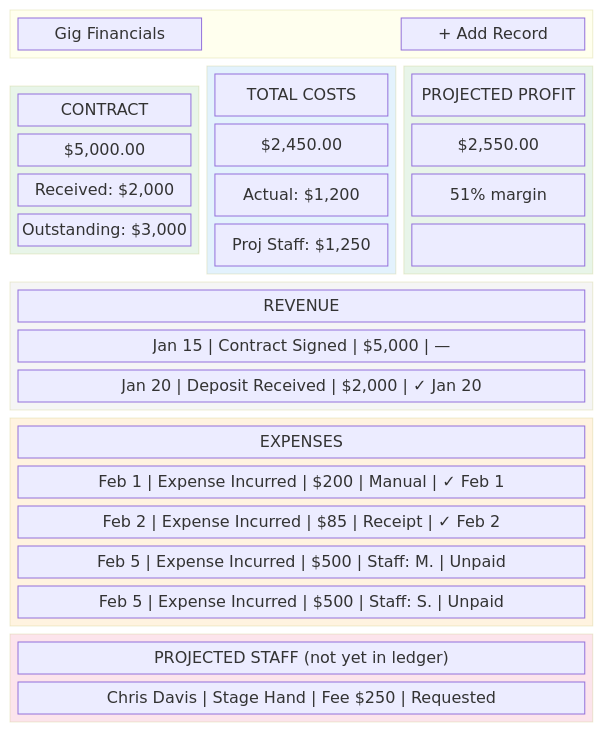
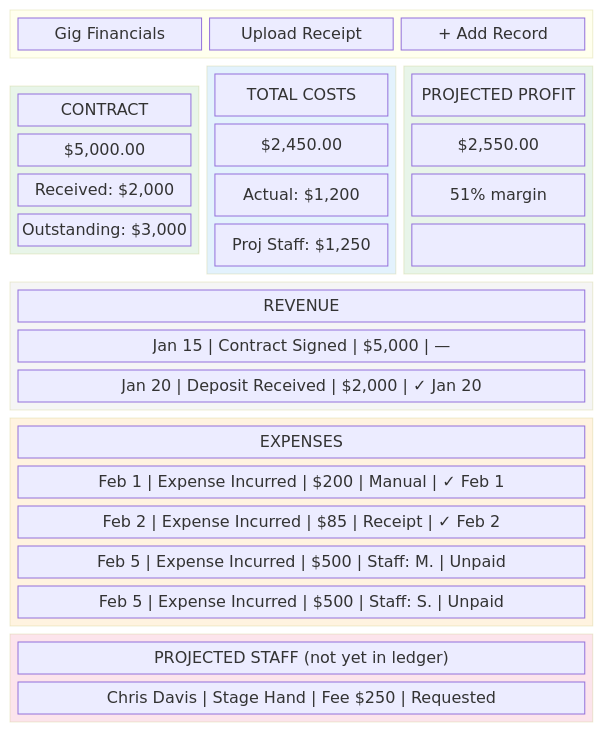
One commit to corourke/GigManager changed the third of 4 diagrams in docs/product/development-plan/gig-financials-workflow-analysis.md. Above: the diagram before and after it, drawn with Mermaid. The commit also changed other lines of this file and 5 other files, not shown here.

````diff
--- a/docs/product/development-plan/gig-financials-workflow-analysis.md
+++ b/docs/product/development-plan/gig-financials-workflow-analysis.md
@@ -229,62 +240,62 @@
 ```mermaid
 block-beta
     columns 3
 
     block:header:3
         columns 3
         title["Gig Financials"]
-        space
+        upload["Upload Receipt"]
         addBtn["+ Add Record"]
     end
 
     block:contract:1
         columns 1
         c1["CONTRACT"]
         c2["$5,000.00"]
         c3["Received: $2,000"]
         c4["Outstanding: $3,000"]
     end
     block:costs:1
         columns 1
         t1["TOTAL COSTS"]
         t2["$2,450.00"]
         t3["Actual: $1,200"]
         t4["Proj Staff: $1,250"]
     end
     block:profit:1
         columns 1
         p1["PROJECTED PROFIT"]
         p2["$2,550.00"]
         p3["51% margin"]
         p4[" "]
     end
 
     block:revenue:3
         columns 1
         rh["REVENUE"]
         r1["Jan 15 | Contract Signed | $5,000 | —"]
         r2["Jan 20 | Deposit Received | $2,000 | ✓ Jan 20"]
     end
 
     block:expenses:3
         columns 1
         eh["EXPENSES"]
         e1["Feb 1 | Expense Incurred | $200 | Manual | ✓ Feb 1"]
         e2["Feb 2 | Expense Incurred | $85 | Receipt | ✓ Feb 2"]
         e3["Feb 5 | Expense Incurred | $500 | Staff: M. | Unpaid"]
         e4["Feb 5 | Expense Incurred | $500 | Staff: S. | Unpaid"]
     end
 
     block:projected:3
         columns 1
         ph["PROJECTED STAFF (not yet in ledger)"]
         ps1["Chris Davis | Stage Hand | Fee $250 | Requested"]
     end
 
     style contract fill:#e8f5e9
     style costs fill:#e3f2fd
     style profit fill:#e8f5e9
     style revenue fill:#f5f5f5
     style expenses fill:#fff3e0
     style projected fill:#fce4ec
 ```
````
